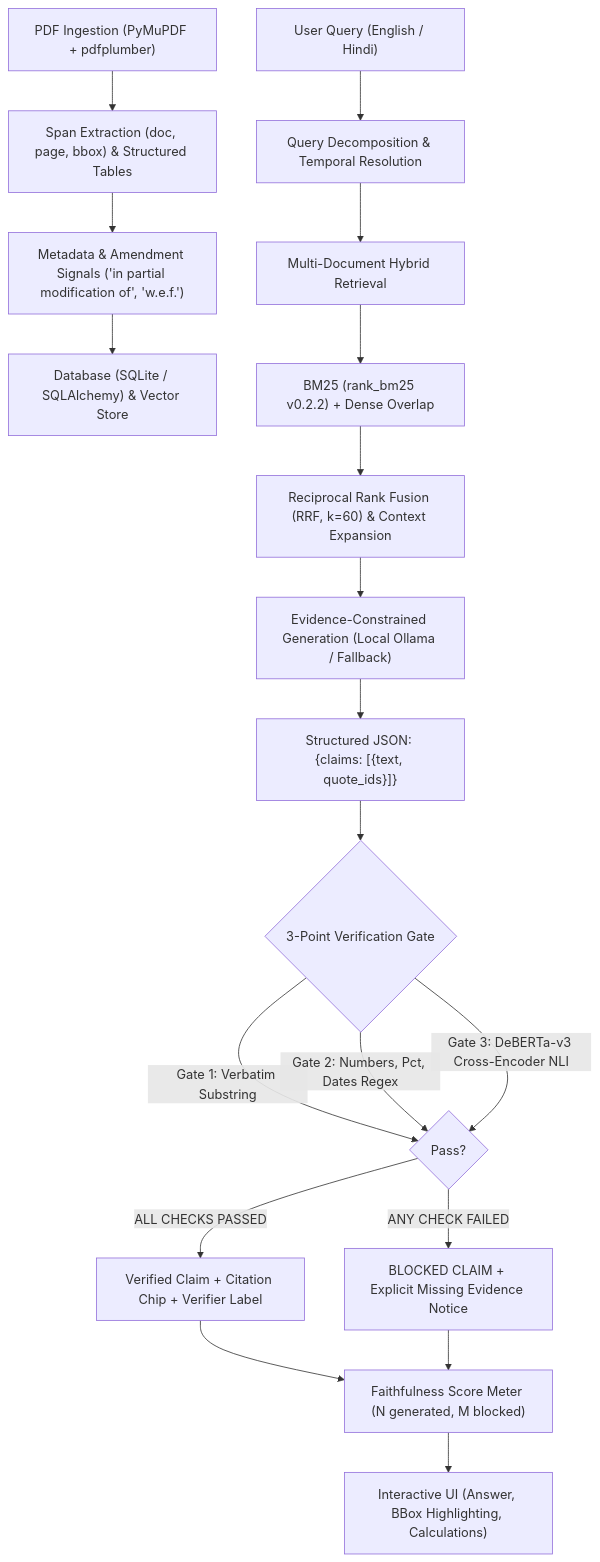
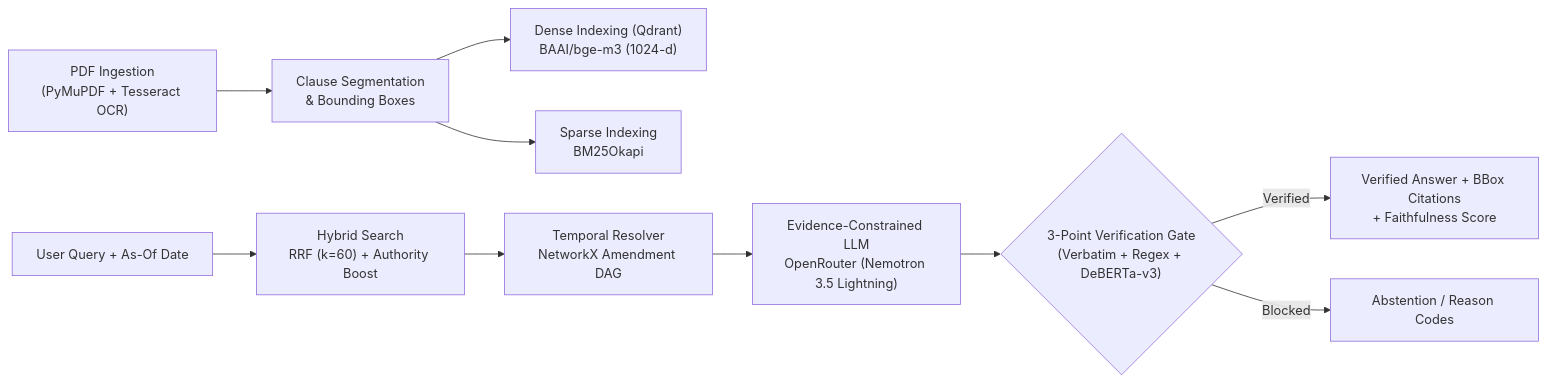
One commit to Sanskriti0605/documentary changed the diagram in README.md. Above: the diagram before and after it, drawn with Mermaid. The commit also changed other lines of this file, not shown here.

````diff
--- a/README.md
+++ b/README.md
@@ -13,26 +130,14 @@
 ```mermaid
-flowchart TD
-    A["PDF Ingestion (PyMuPDF + pdfplumber)"] --> B["Span Extraction (doc, page, bbox) & Structured Tables"]
-    B --> C["Metadata & Amendment Signals ('in partial modification of', 'w.e.f.')"]
-    C --> D["Database (SQLite / SQLAlchemy) & Vector Store"]
+flowchart LR
+    PDF["PDF Ingestion\n(PyMuPDF + Tesseract OCR)"] --> CHUNK["Clause Segmentation\n& Bounding Boxes"]
+    CHUNK --> VEC["Dense Indexing (Qdrant)\nBAAI/bge-m3 (1024-d)"]
+    CHUNK --> BM25["Sparse Indexing\nBM25Okapi"]
     
-    E["User Query (English / Hindi)"] --> F["Query Decomposition & Temporal Resolution"]
-    F --> G["Multi-Document Hybrid Retrieval"]
-    G --> H["BM25 (rank_bm25 v0.2.2) + Dense Overlap"]
-    H --> I["Reciprocal Rank Fusion (RRF, k=60) & Context Expansion"]
+    USER["User Query + As-Of Date"] --> HYBRID["Hybrid Search\nRRF (k=60) + Authority Boost"]
+    HYBRID --> DAG["Temporal Resolver\nNetworkX Amendment DAG"]
+    DAG --> LLM["Evidence-Constrained LLM\nOpenRouter (Nemotron 3.5 Lightning)"]
     
-    I --> J["Evidence-Constrained Generation (Local Ollama / Fallback)"]
-    J --> K["Structured JSON: {claims: [{text, quote_ids}]}"]
-    
-    K --> L{"3-Point Verification Gate"}
-    L -- "Gate 1: Verbatim Substring" --> M{"Pass?"}
-    L -- "Gate 2: Numbers, Pct, Dates Regex" --> M
-    L -- "Gate 3: DeBERTa-v3 Cross-Encoder NLI" --> M
-    
-    M -- "ALL CHECKS PASSED" --> N["Verified Claim + Citation Chip + Verifier Label"]
-    M -- "ANY CHECK FAILED" --> O["BLOCKED CLAIM + Explicit Missing Evidence Notice"]
-    
-    N --> P["Faithfulness Score Meter (N generated, M blocked)"]
-    O --> P
-    P --> Q["Interactive UI (Answer, BBox Highlighting, Calculations)"]
+    LLM --> GATE{"3-Point Verification Gate\n(Verbatim + Regex + DeBERTa-v3)"}
+    GATE -- Verified --> OUT["Verified Answer + BBox Citations\n+ Faithfulness Score"]
+    GATE -- Blocked --> ABS["Abstention / Reason Codes"]
 ```
````
